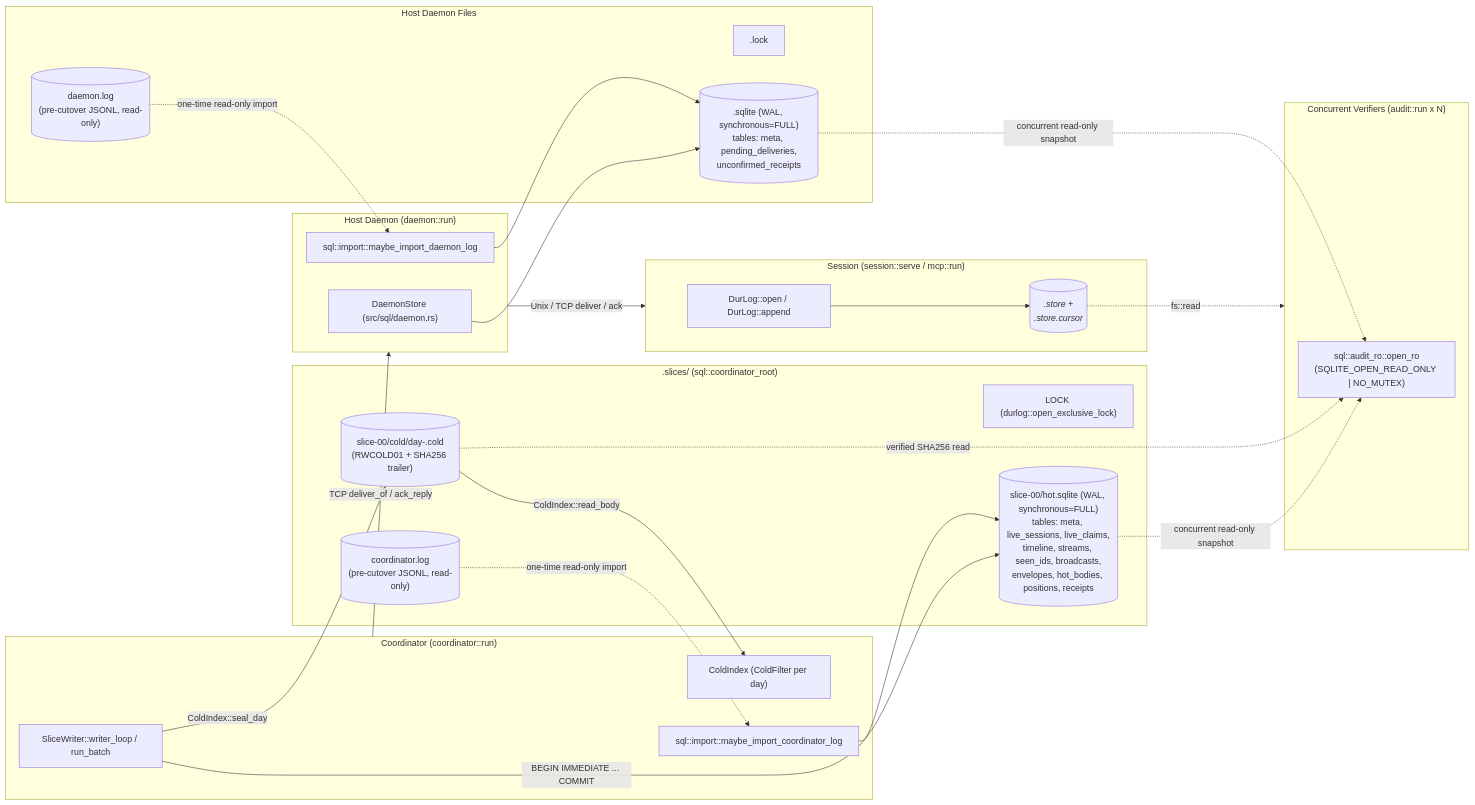
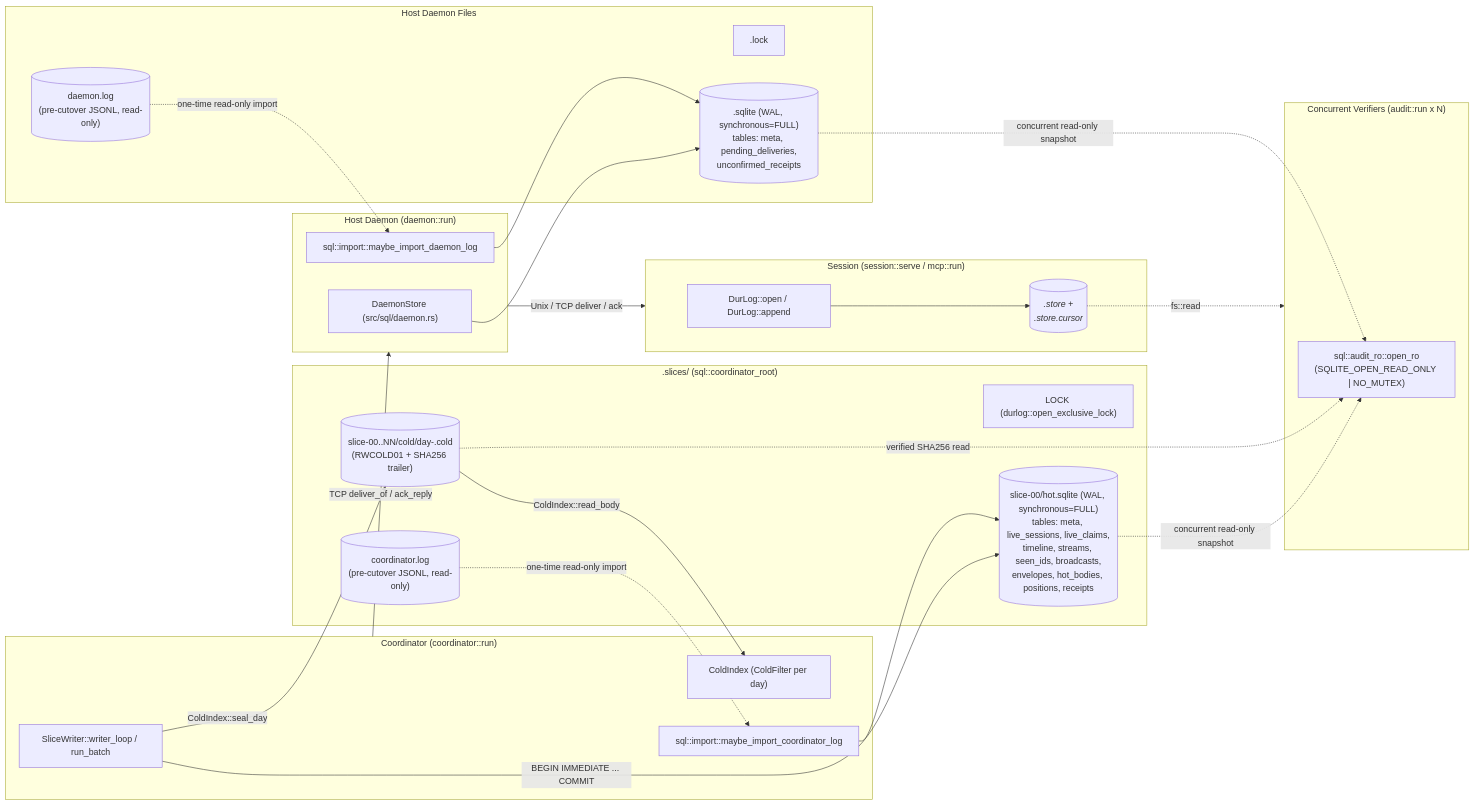
One commit to JangMan-J/roger-wilco changed the first of 5 diagrams in docs/STORAGE.md. Above: the diagram before and after it, drawn with Mermaid. The commit also changed other lines of this file and 4 other files, not shown here.

Commit message:
feat(scale): align roger-cold-shipper RWCOLD01 digest and document multi-slice + cold-shipper architecture

````diff
--- a/docs/STORAGE.md
+++ b/docs/STORAGE.md
@@ -12,54 +12,54 @@
 ```mermaid
 flowchart LR
     subgraph CoordProc["Coordinator (coordinator::run)"]
         CW["SliceWriter::writer_loop / run_batch"]
         CI["ColdIndex (ColdFilter per day)"]
         IMPC["sql::import::maybe_import_coordinator_log"]
     end
 
     subgraph CoordDisk["<data>.slices/ (sql::coordinator_root)"]
         CLOCK["LOCK (durlog::open_exclusive_lock)"]
         HOT[("slice-00/hot.sqlite (WAL, synchronous=FULL)\ntables: meta, live_sessions, live_claims,\ntimeline, streams, seen_ids, broadcasts,\nenvelopes, hot_bodies, positions, receipts")]
-        COLD[("slice-00/cold/day-<bucket>.cold\n(RWCOLD01 + SHA256 trailer)")]
+        COLD[("slice-00..NN/cold/day-<bucket>.cold\n(RWCOLD01 + SHA256 trailer)")]
         LEG_C[("coordinator.log\n(pre-cutover JSONL, read-only)")]
     end
 
     subgraph DaemonProc["Host Daemon (daemon::run)"]
         DS["DaemonStore (src/sql/daemon.rs)"]
         IMPD["sql::import::maybe_import_daemon_log"]
     end
 
     subgraph DaemonDisk["Host Daemon Files"]
         DLOCK["<daemon>.lock"]
         DDB[("<daemon>.sqlite (WAL, synchronous=FULL)\ntables: meta, pending_deliveries,\nunconfirmed_receipts")]
         LEG_D[("daemon.log\n(pre-cutover JSONL, read-only)")]
     end
 
     subgraph SessProc["Session (session::serve / mcp::run)"]
         SLOG["DurLog::open / DurLog::append"]
         SSTORE[("<address>.store + <address>.store.cursor")]
     end
 
     subgraph AuditProc["Concurrent Verifiers (audit::run x N)"]
         ARO["sql::audit_ro::open_ro\n(SQLITE_OPEN_READ_ONLY | NO_MUTEX)"]
     end
 
     LEG_C -. "one-time read-only import" .-> IMPC
     IMPC --> HOT
     CW -- "BEGIN IMMEDIATE ... COMMIT" --> HOT
     CW -- "ColdIndex::seal_day" --> COLD
     COLD -- "ColdIndex::read_body" --> CI
 
     CoordProc -- "TCP deliver_of / ack_reply" --> DaemonProc
     LEG_D -. "one-time read-only import" .-> IMPD
     IMPD --> DDB
     DS --> DDB
 
     DaemonProc -- "Unix / TCP deliver / ack" --> SessProc
     SLOG --> SSTORE
 
     HOT -. "concurrent read-only snapshot" .-> ARO
     COLD -. "verified SHA256 read" .-> ARO
     DDB -. "concurrent read-only snapshot" .-> ARO
     SSTORE -. "fs::read" .-> AuditProc
 ```
````
